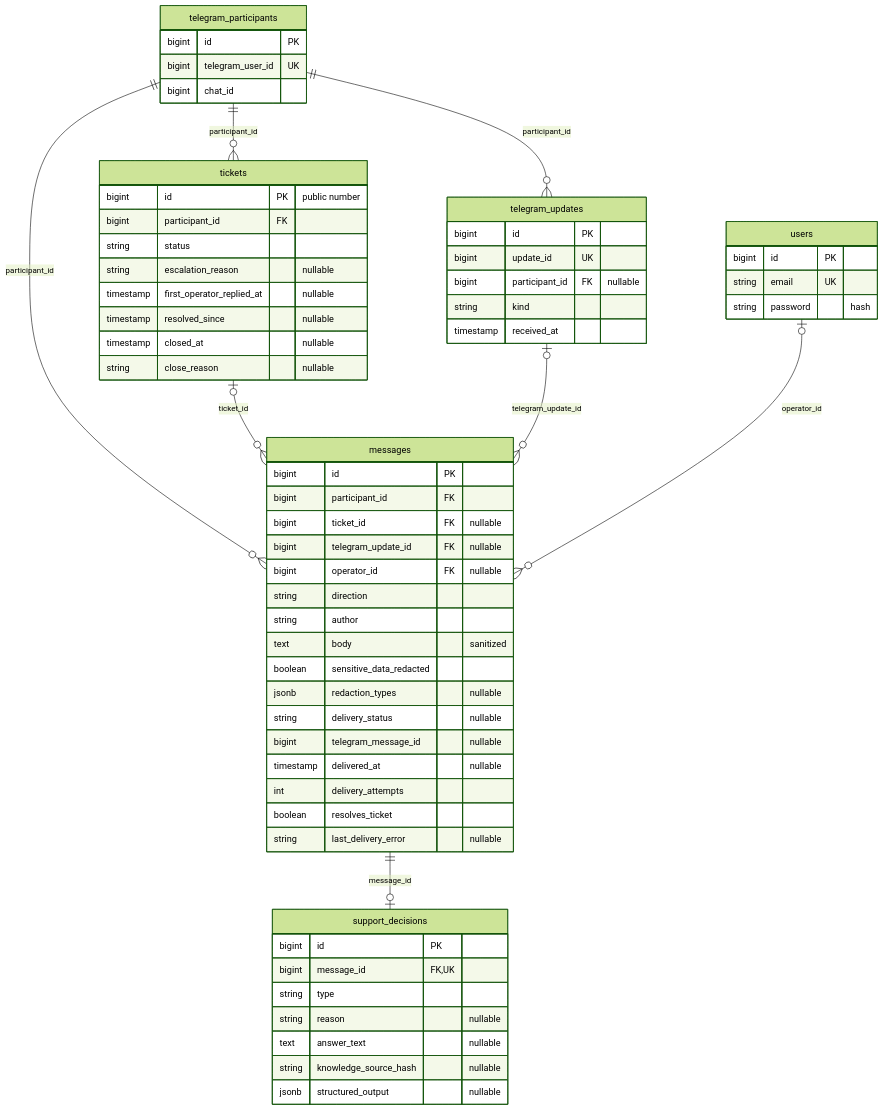
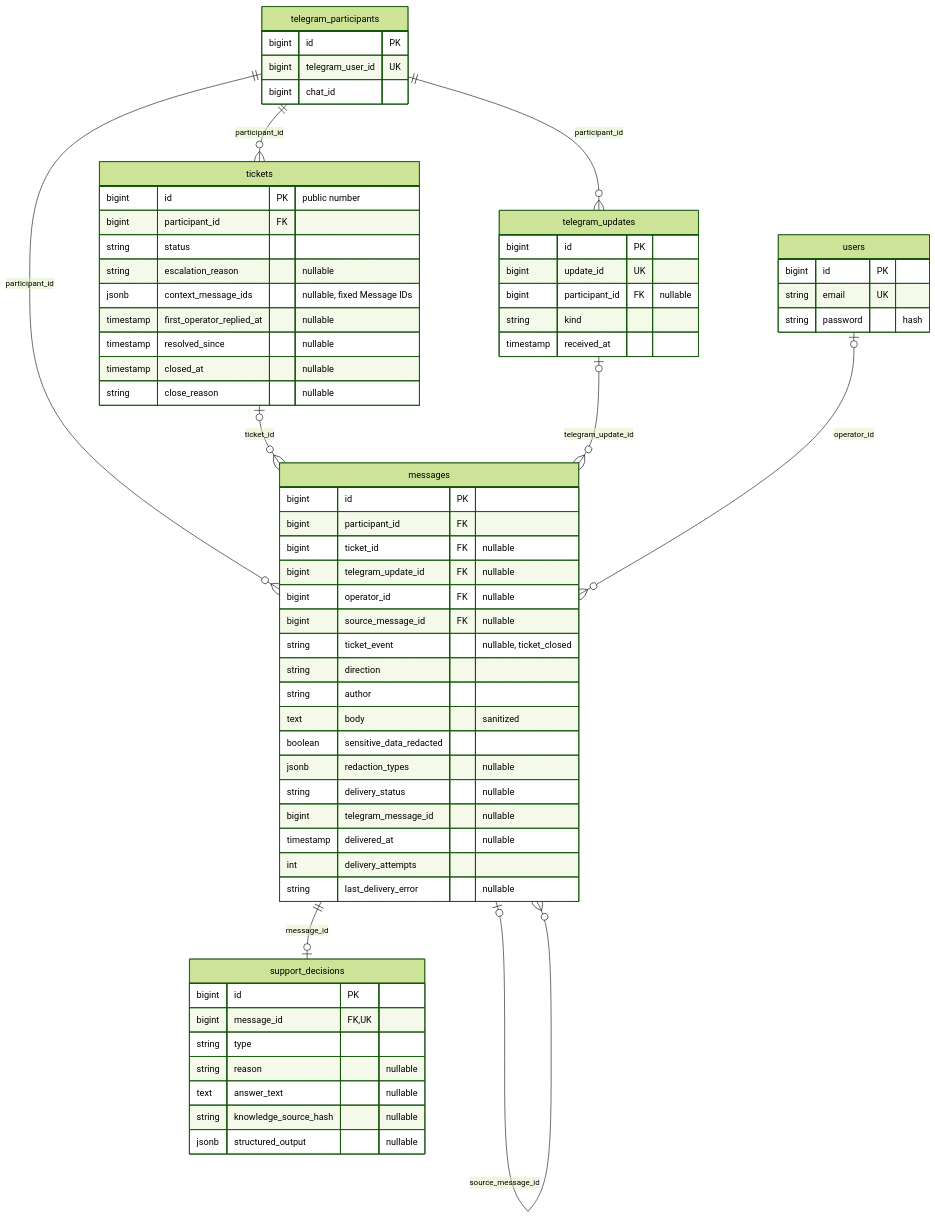
One commit to eternal-slumber/tg-promo-support-bot changed the diagram in README.md. Above: the diagram before and after it, drawn with Mermaid (forest theme). The commit also changed other lines of this file and 6 other files, not shown here.

````diff
--- a/README.md
+++ b/README.md
@@ -145,64 +86,67 @@
 ```mermaid
 erDiagram
     telegram_participants ||--o{ telegram_updates : participant_id
     telegram_participants ||--o{ tickets : participant_id
     telegram_participants ||--o{ messages : participant_id
     tickets o|--o{ messages : ticket_id
     telegram_updates o|--o{ messages : telegram_update_id
     users o|--o{ messages : operator_id
+    messages o|--o{ messages : source_message_id
     messages ||--o| support_decisions : message_id
     telegram_participants {
         bigint id PK
         bigint telegram_user_id UK
         bigint chat_id
     }
     telegram_updates {
         bigint id PK
         bigint update_id UK
         bigint participant_id FK "nullable"
         string kind
         timestamp received_at
     }
     tickets {
         bigint id PK "public number"
         bigint participant_id FK
         string status
         string escalation_reason "nullable"
+        jsonb context_message_ids "nullable, fixed Message IDs"
         timestamp first_operator_replied_at "nullable"
         timestamp resolved_since "nullable"
         timestamp closed_at "nullable"
         string close_reason "nullable"
     }
     messages {
         bigint id PK
         bigint participant_id FK
         bigint ticket_id FK "nullable"
         bigint telegram_update_id FK "nullable"
         bigint operator_id FK "nullable"
+        bigint source_message_id FK "nullable"
+        string ticket_event "nullable, ticket_closed"
         string direction
         string author
         text body "sanitized"
         boolean sensitive_data_redacted
         jsonb redaction_types "nullable"
         string delivery_status "nullable"
         bigint telegram_message_id "nullable"
         timestamp delivered_at "nullable"
         int delivery_attempts
-        boolean resolves_ticket
         string last_delivery_error "nullable"
     }
     support_decisions {
         bigint id PK
         bigint message_id FK,UK
         string type
         string reason "nullable"
         text answer_text "nullable"
         string knowledge_source_hash "nullable"
         jsonb structured_output "nullable"
     }
     users {
         bigint id PK
         string email UK
         string password "hash"
     }
 ```
````
